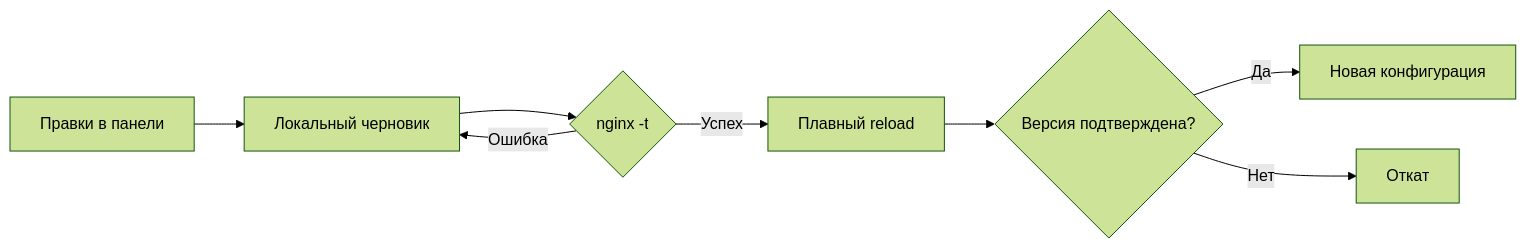
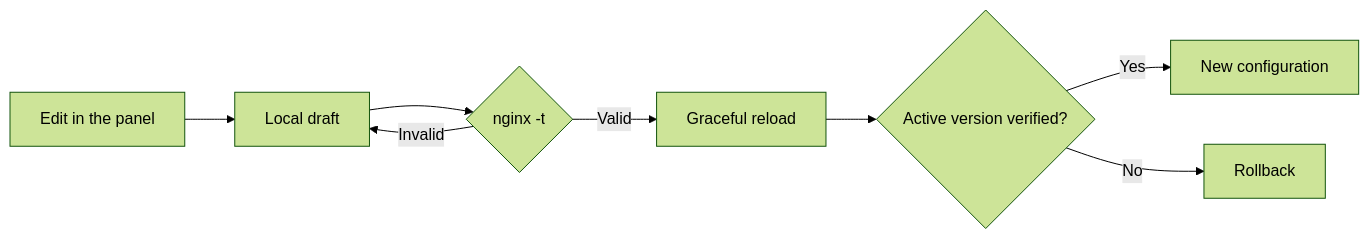
One commit to gadmin2151/ambergate changed the diagram in README.md. Above: the diagram before and after it, drawn with Mermaid (forest theme). The commit also changed other lines of this file and 18 other files, not shown here.

````diff
--- a/README.md
+++ b/README.md
@@ -144,10 +172,10 @@
 ```mermaid
 flowchart LR
-    A[Правки в панели] --> B[Локальный черновик]
+    A[Edit in the panel] --> B[Local draft]
     B --> C{nginx -t}
-    C -->|Ошибка| B
-    C -->|Успех| D[Плавный reload]
-    D --> E{Версия подтверждена?}
-    E -->|Да| F[Новая конфигурация]
-    E -->|Нет| G[Откат]
+    C -->|Valid| D[Graceful reload]
+    C -->|Invalid| B
+    D --> E{Active version verified?}
+    E -->|Yes| F[New configuration]
+    E -->|No| G[Rollback]
 ```
````
